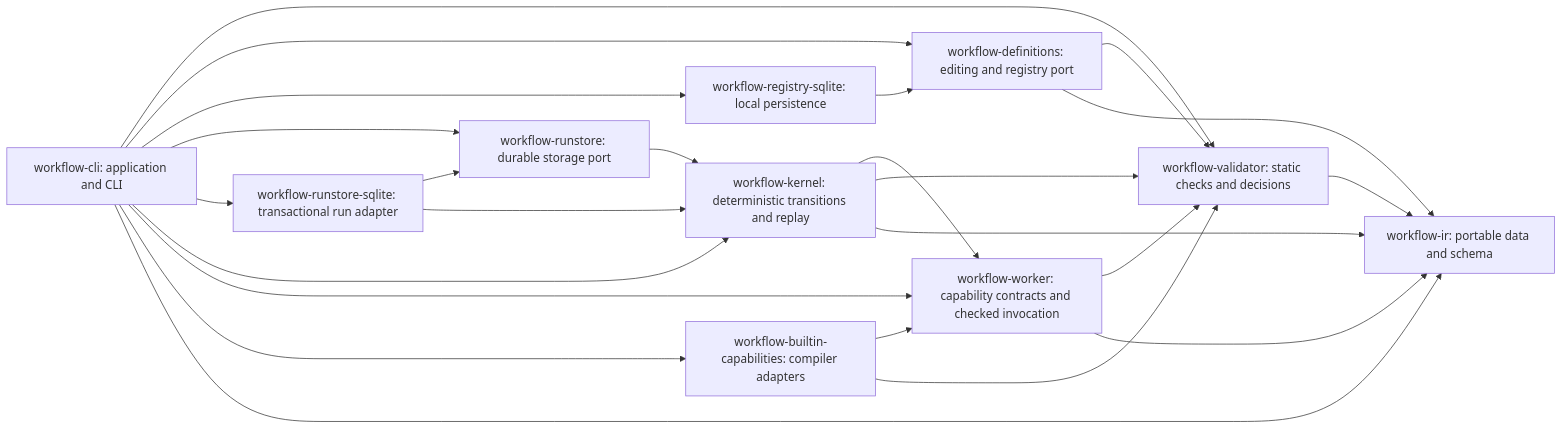
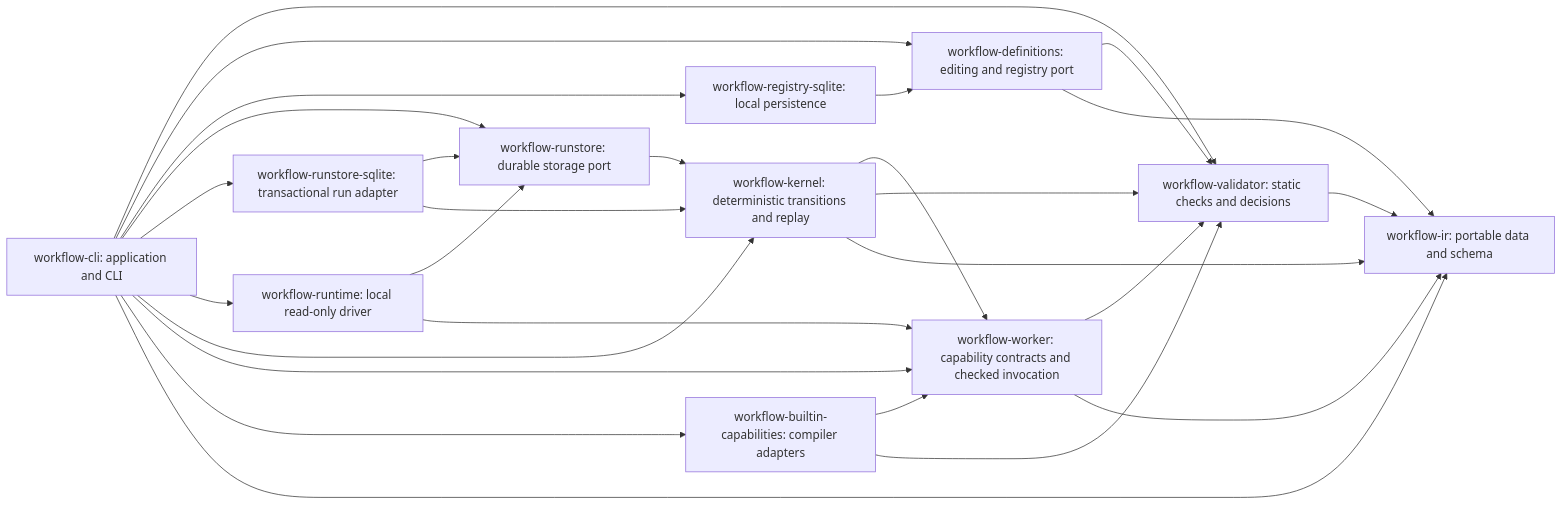
One commit to coolplayagent/workflow-cli changed the diagram in docs/roadmap.md. Above: the diagram before and after it, drawn with Mermaid. The commit also changed other lines of this file and 41 other files, not shown here.

Commit message:
feat(runtime): durable leases and fenced local read-only execution (#23)

````diff
--- a/docs/roadmap.md
+++ b/docs/roadmap.md
@@ -8,26 +8,29 @@
 ```mermaid
 flowchart LR
     CLI[workflow-cli: application and CLI] --> V[workflow-validator: static checks and decisions]
     CLI --> D[workflow-definitions: editing and registry port]
     CLI --> S[workflow-registry-sqlite: local persistence]
     CLI --> RS[workflow-runstore: durable storage port]
     CLI --> DB[workflow-runstore-sqlite: transactional run adapter]
+    CLI --> RT[workflow-runtime: local read-only driver]
+    RT --> RS
+    RT --> W
     DB --> RS
     DB --> K
     RS --> K
     CLI --> K[workflow-kernel: deterministic transitions and replay]
     K --> W
     K --> V
     K --> IR
     CLI --> W[workflow-worker: capability contracts and checked invocation]
     CLI --> B[workflow-builtin-capabilities: compiler adapters]
     B --> W
     B --> V
     W --> V
     W --> IR
     S --> D
     D --> V
     D --> IR[workflow-ir: portable data and schema]
     CLI --> IR
     V --> IR
 ```
````
